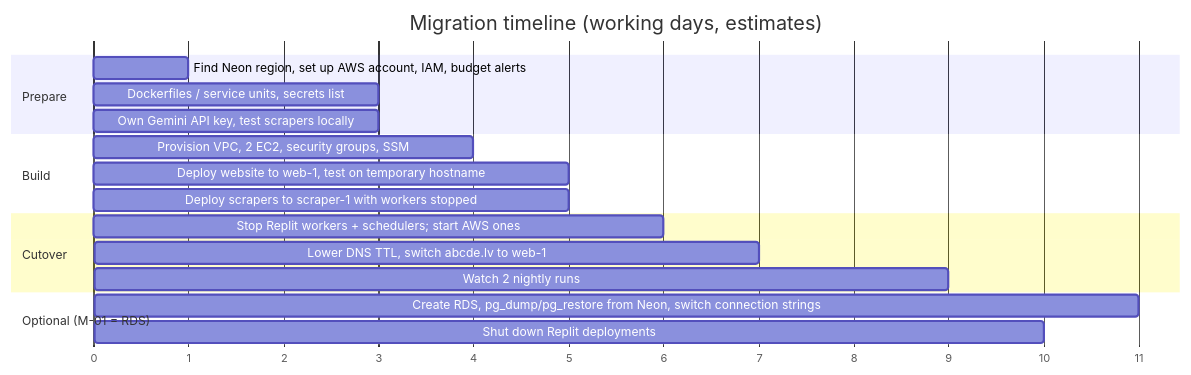
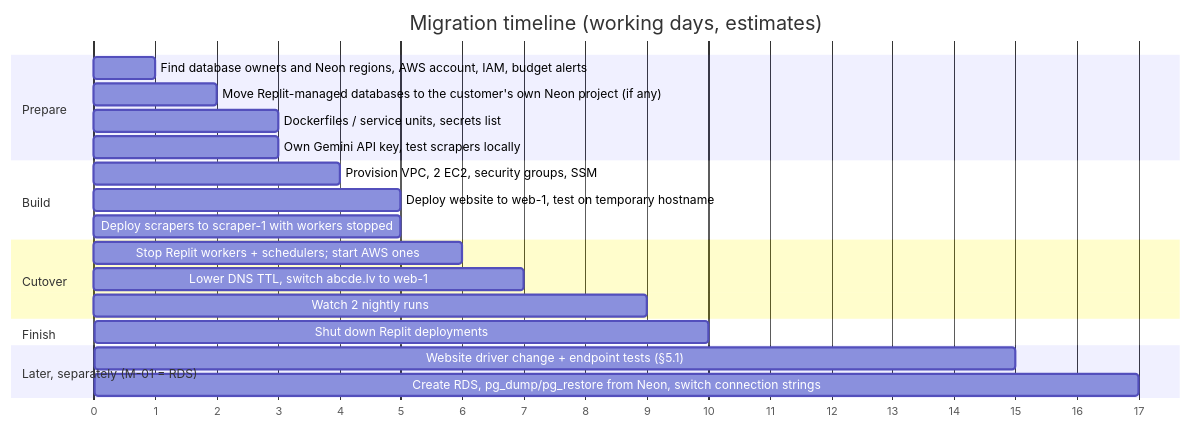
Before and after one commit to rioffe/abcde-docs: the second of 2 diagrams in AWS_MIGRATION_PLAN.md, drawn with Mermaid. The commit also changed other lines of this file and 1 other file, not shown here.

First line of the commit message:
Add database ownership check and RDS driver changes to AWS plan

````diff
--- a/AWS_MIGRATION_PLAN.md
+++ b/AWS_MIGRATION_PLAN.md
@@ -169,21 +212,24 @@
 ```mermaid
 gantt
     title Migration timeline (working days, estimates)
     dateFormat  X
     axisFormat  %s
     section Prepare
-    Find Neon region, set up AWS account, IAM, budget alerts :p1, 0, 1
+    Find database owners and Neon regions, AWS account, IAM, budget alerts :p1, 0, 1
+    Move Replit-managed databases to the customer's own Neon project (if any) :p1b, 1, 2
     Dockerfiles / service units, secrets list         :p2, 1, 3
     Own Gemini API key, test scrapers locally         :p3, 2, 3
     section Build
     Provision VPC, 2 EC2, security groups, SSM        :b1, 3, 4
     Deploy website to web-1, test on temporary hostname   :b2, 4, 5
     Deploy scrapers to scraper-1 with workers stopped        :b3, 4, 5
     section Cutover
     Stop Replit workers + schedulers; start AWS ones  :c1, 5, 6
     Lower DNS TTL, switch abcde.lv to web-1           :c2, 6, 7
     Watch 2 nightly runs                              :c3, 7, 9
-    section Optional (M-01 = RDS)
-    Create RDS, pg_dump/pg_restore from Neon, switch connection strings      :o1, 9, 11
-    Shut down Replit deployments                      :o2, 9, 10
+    section Finish
+    Shut down Replit deployments                      :f1, 9, 10
+    section Later, separately (M-01 = RDS)
+    Website driver change + endpoint tests (§5.1)     :o0, 12, 15
+    Create RDS, pg_dump/pg_restore from Neon, switch connection strings      :o1, 15, 17
 ```
````
